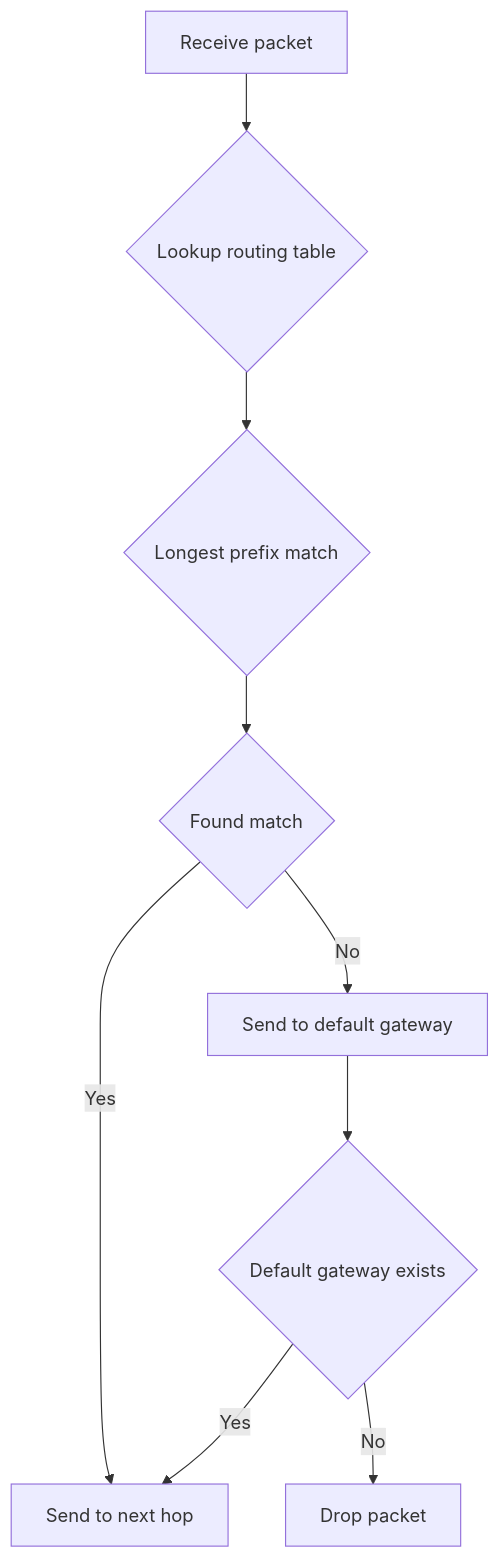
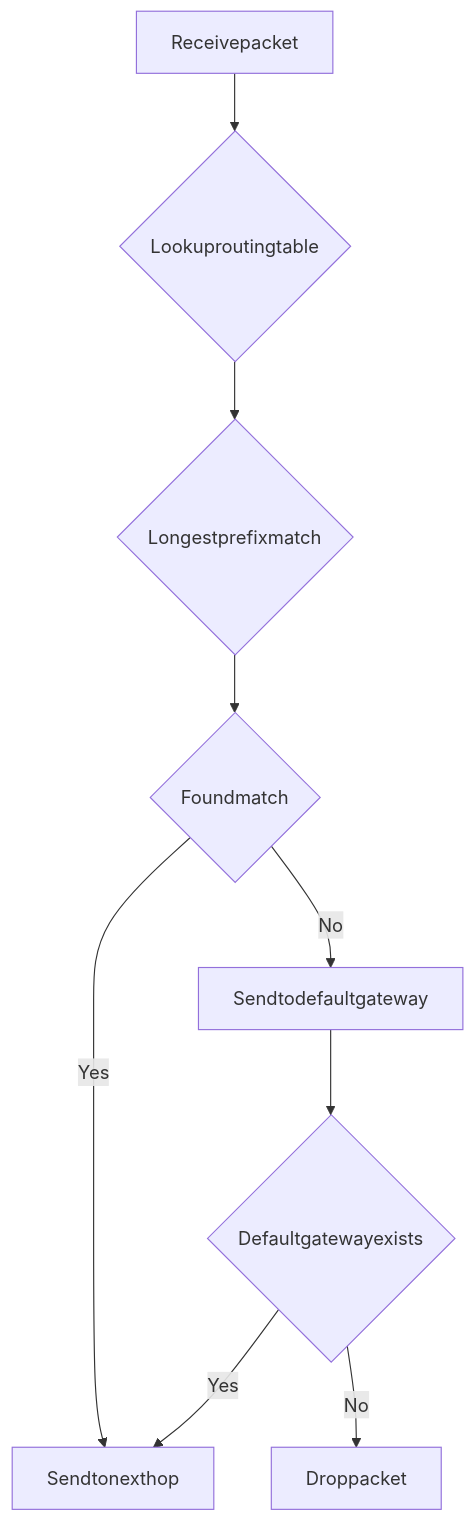
Before and after one commit to YiWang24/AiDIY: the diagram in docs/cs/network-os/network-layer.mdx, drawn with Mermaid. The commit also changed other lines of this file and 7 other files, not shown here.

````diff
--- a/docs/cs/network-os/network-layer.mdx
+++ b/docs/cs/network-os/network-layer.mdx
@@ -198,11 +198,11 @@
 ```mermaid
 graph TD
-    A[Receive packet] --> B{Lookup routing table}
-    B --> C{Longest prefix match}
-    C --> D{Found match}
-    D -->|Yes| E[Send to next hop]
-    D -->|No| F[Send to default gateway]
-    F --> G{Default gateway exists}
-    G -->|Yes| E
-    G -->|No| H[Drop packet]
+A[Receivepacket]-->B{Lookuproutingtable}
+B-->C{Longestprefixmatch}
+C-->D{Foundmatch}
+D-->|Yes|E[Sendtonexthop]
+D-->|No|F[Sendtodefaultgateway]
+F-->G{Defaultgatewayexists}
+G-->|Yes|E
+G-->|No|H[Droppacket]
 ```
````
